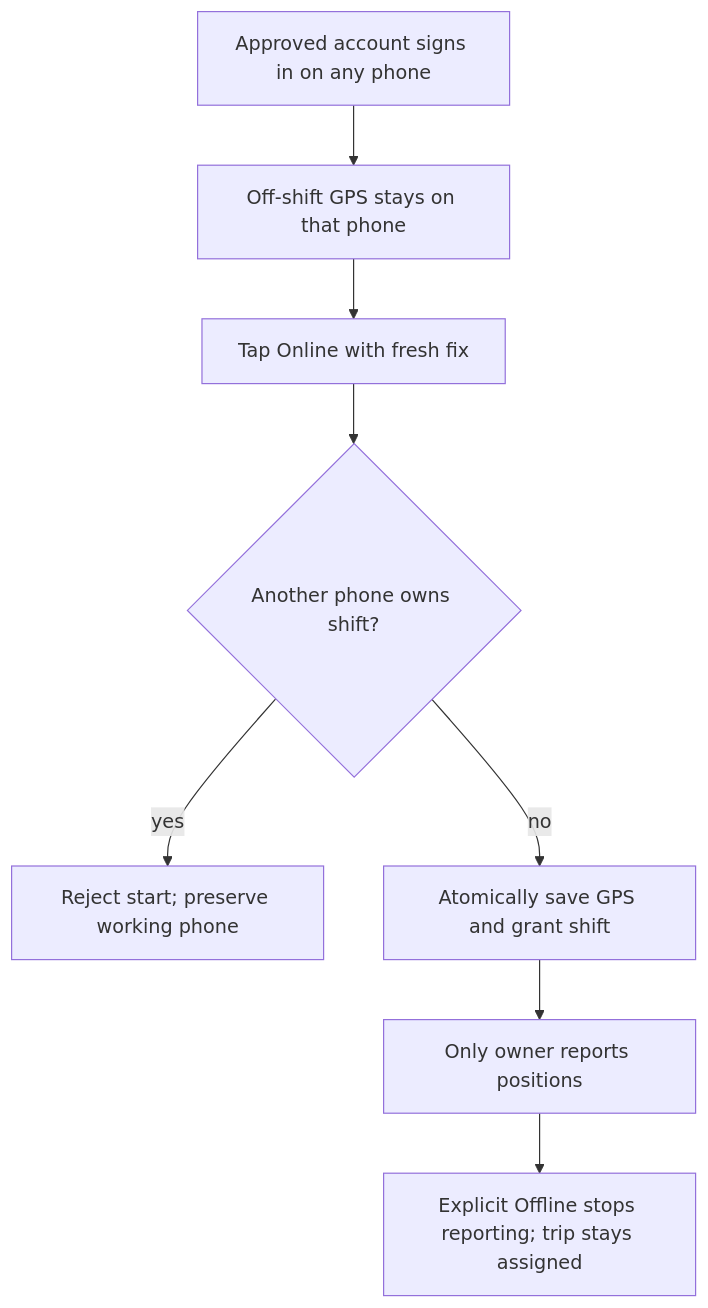
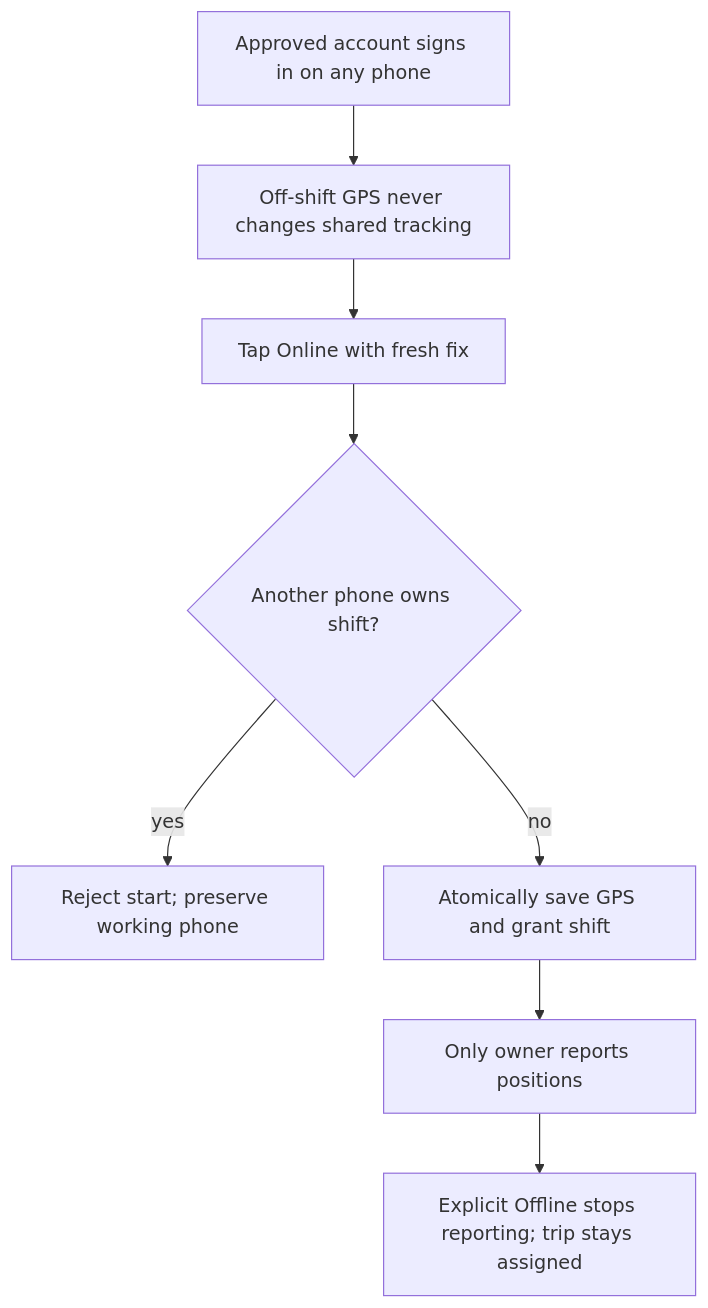
Before and after one commit to bagtyyarkovusov/tayyn-hyzmat-project: diagram 11 of 12 in docs/guide/flows.en.md, drawn with Mermaid. The commit also changed other lines of this file and 44 other files, not shown here.

````diff
--- a/docs/guide/flows.en.md
+++ b/docs/guide/flows.en.md
@@ -195,10 +212,10 @@
 ```mermaid
 flowchart TD
-  A[Approved account signs in on any phone] --> B[Off-shift GPS stays on that phone]
+  A[Approved account signs in on any phone] --> B[Off-shift GPS never changes shared tracking]
   B --> C[Tap Online with fresh fix]
   C --> D{Another phone owns shift?}
   D -- yes --> E[Reject start; preserve working phone]
   D -- no --> F[Atomically save GPS and grant shift]
   F --> G[Only owner reports positions]
   G --> H[Explicit Offline stops reporting; trip stays assigned]
 ```
````
